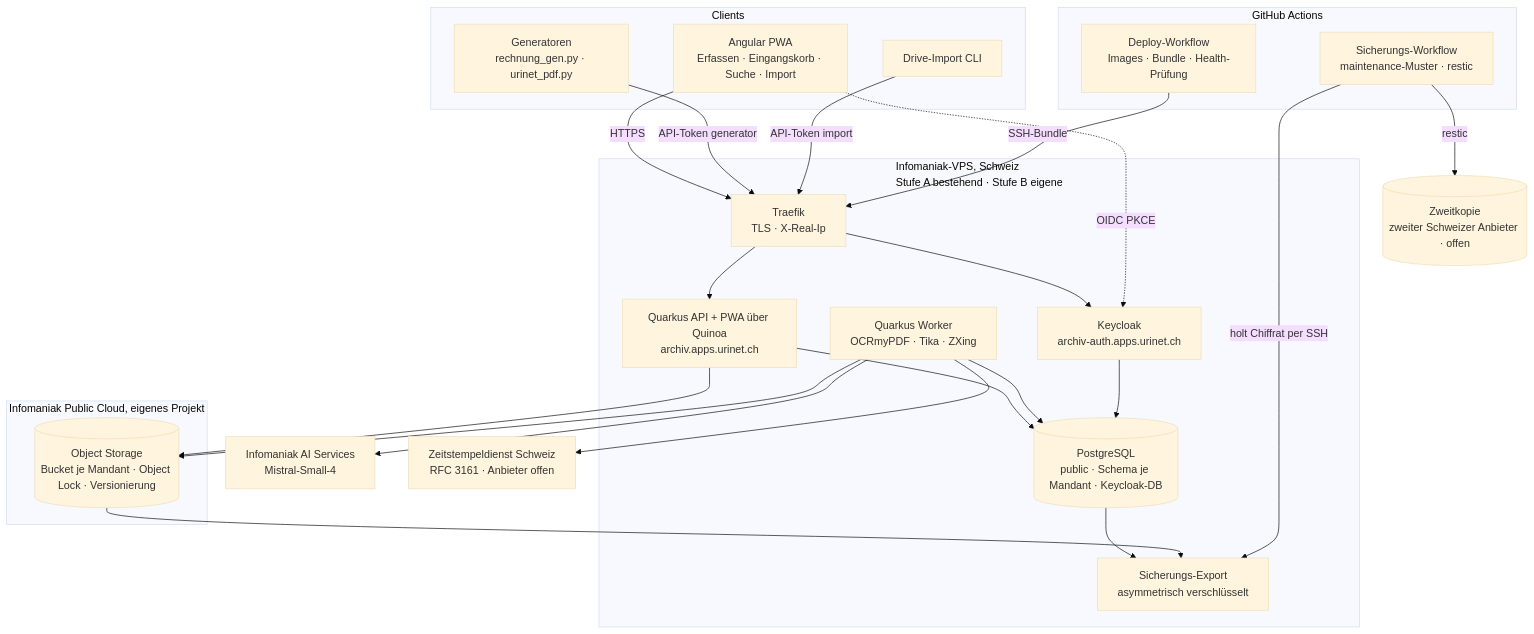
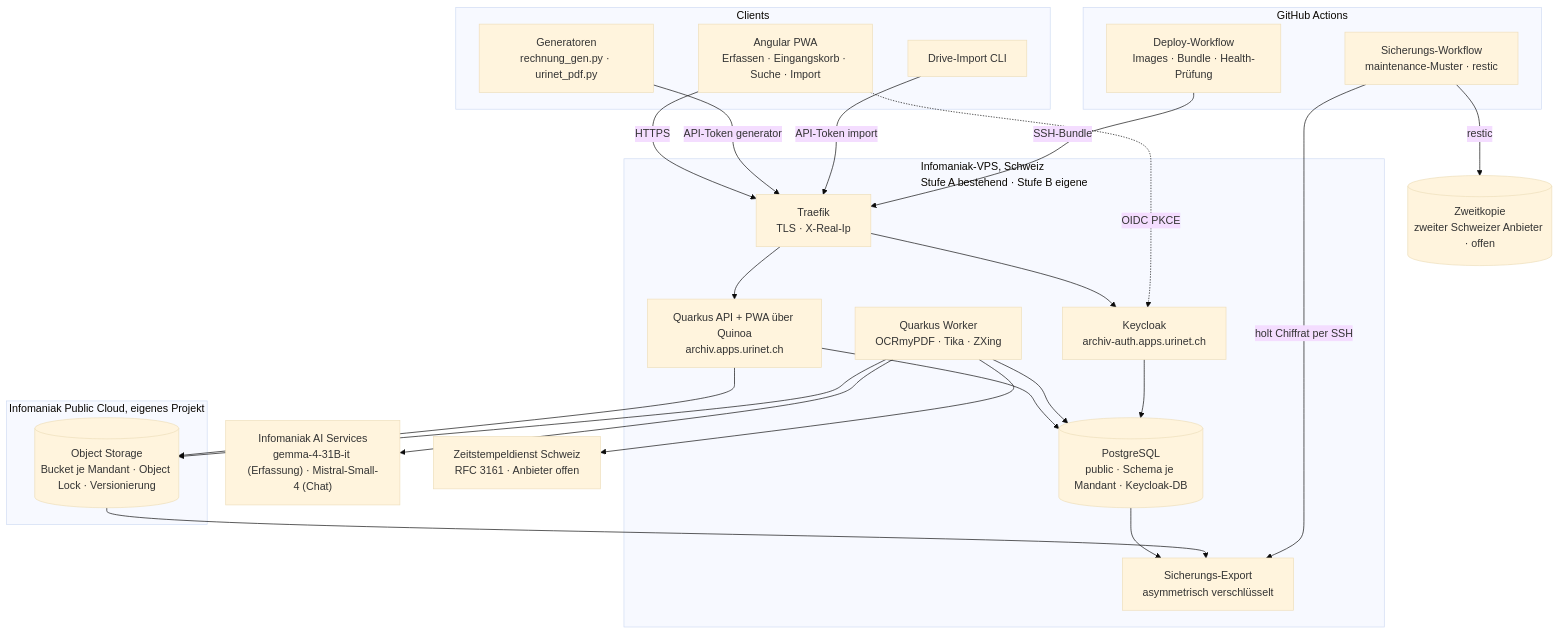
Before and after one commit to Urinet-ch/dokumentenmanagement: the first of 3 diagrams in .kiro/specs/01-archiv-kern/design.md, drawn with Mermaid (base theme). The commit also changed other lines of this file and 7 other files, not shown here.

Commit message:
docs(ki): Gate-Lauf eingetragen, Modell der Erfassung gemma-4-31B-it (archiv.ki.erfassung-modell)

````diff
--- a/.kiro/specs/01-archiv-kern/design.md
+++ b/.kiro/specs/01-archiv-kern/design.md
@@ -31,44 +31,44 @@
 ```mermaid
 flowchart TB
   subgraph Clients
     PWA["Angular PWA<br/>Erfassen · Eingangskorb · Suche · Import"]
     GEN["Generatoren<br/>rechnung_gen.py · urinet_pdf.py"]
     CLI["Drive-Import CLI"]
   end
   subgraph GH["GitHub Actions"]
     DEP["Deploy-Workflow<br/>Images · Bundle · Health-Prüfung"]
     SIC["Sicherungs-Workflow<br/>maintenance-Muster · restic"]
   end
   subgraph VPS["Infomaniak-VPS, Schweiz<br/>Stufe A bestehend · Stufe B eigene"]
     TR["Traefik<br/>TLS · X-Real-Ip"]
     KC["Keycloak<br/>archiv-auth.apps.urinet.ch"]
     API["Quarkus API + PWA über Quinoa<br/>archiv.apps.urinet.ch"]
     WRK["Quarkus Worker<br/>OCRmyPDF · Tika · ZXing"]
     PG[("PostgreSQL<br/>public · Schema je Mandant · Keycloak-DB")]
     EXP["Sicherungs-Export<br/>asymmetrisch verschlüsselt"]
   end
   subgraph PC["Infomaniak Public Cloud, eigenes Projekt"]
     S3[("Object Storage<br/>Bucket je Mandant · Object Lock · Versionierung")]
   end
-  AI["Infomaniak AI Services<br/>Mistral-Small-4"]
+  AI["Infomaniak AI Services<br/>gemma-4-31B-it (Erfassung) · Mistral-Small-4 (Chat)"]
   TSA["Zeitstempeldienst Schweiz<br/>RFC 3161 · Anbieter offen"]
   B2[("Zweitkopie<br/>zweiter Schweizer Anbieter · offen")]
   PWA -->|HTTPS| TR
   GEN -->|"API-Token generator"| TR
   CLI -->|"API-Token import"| TR
   TR --> API
   TR --> KC
   PWA -.->|OIDC PKCE| KC
   API --> PG
   API --> S3
   WRK --> PG
   WRK --> S3
   WRK --> AI
   WRK --> TSA
   KC --> PG
   PG --> EXP
   S3 --> EXP
   DEP -->|SSH-Bundle| TR
   SIC -->|"holt Chiffrat per SSH"| EXP
   SIC -->|restic| B2
 ```
````
